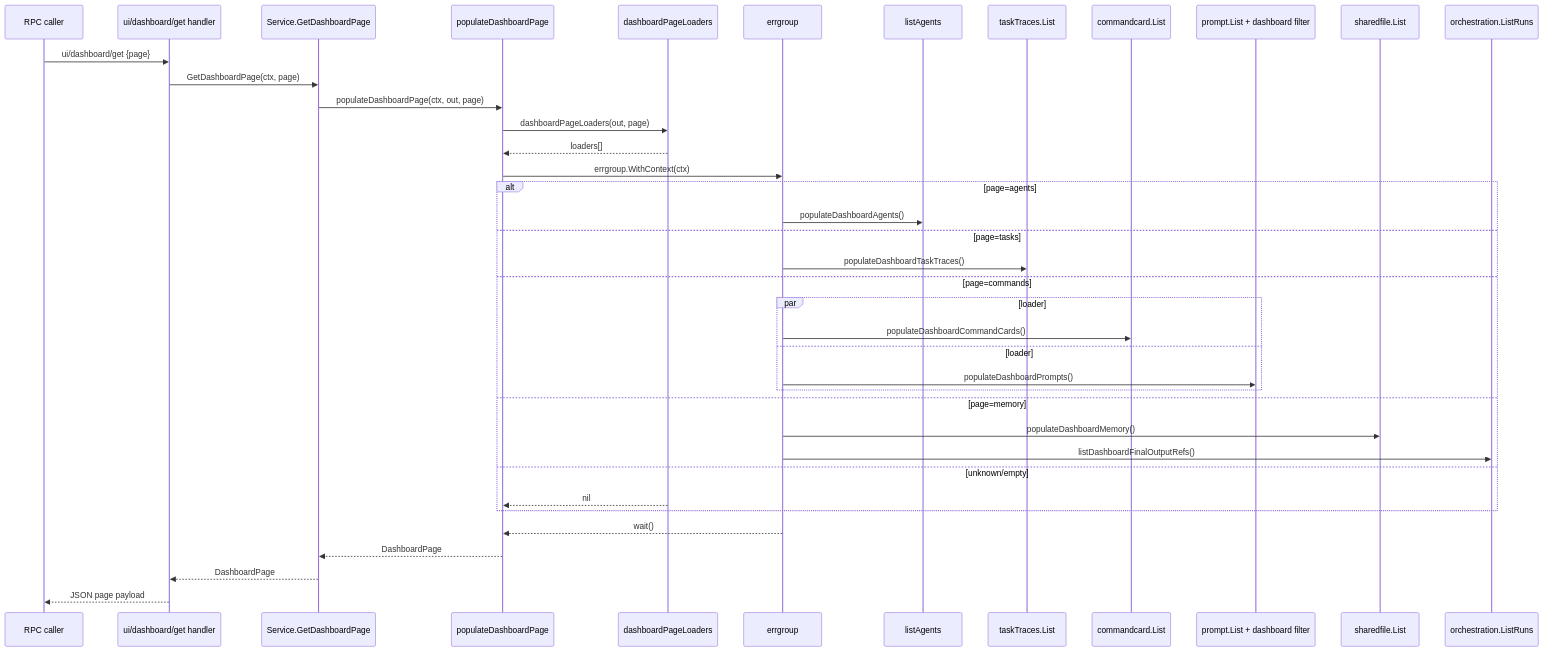
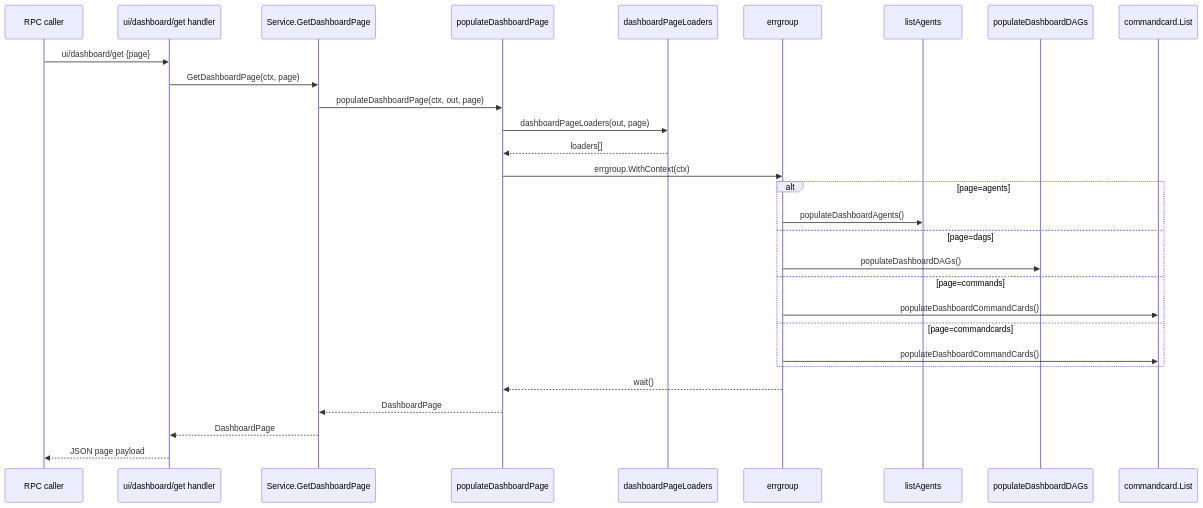
Before and after one commit to lihah111222333-cloud/Super-Dolphin-Agent-Cockpit: the third of 4 diagrams in docs/doc/codemap/07-module-read.md, drawn with Mermaid. The commit also changed other lines of this file and 257 other files, not shown here.

````diff
--- a/docs/doc/codemap/07-module-read.md
+++ b/docs/doc/codemap/07-module-read.md
@@ -74,42 +75,32 @@
 ```mermaid
 sequenceDiagram
     participant C as RPC caller
     participant H as ui/dashboard/get handler
     participant S as Service.GetDashboardPage
     participant P as populateDashboardPage
     participant L as dashboardPageLoaders
     participant G as errgroup
     participant A as listAgents
-    participant T as taskTraces.List
+    participant D as populateDashboardDAGs
     participant CC as commandcard.List
-    participant PR as prompt.List + dashboard filter
-    participant M as sharedfile.List
-    participant R as orchestration.ListRuns
 
     C->>H: ui/dashboard/get {page}
     H->>S: GetDashboardPage(ctx, page)
     S->>P: populateDashboardPage(ctx, out, page)
     P->>L: dashboardPageLoaders(out, page)
     L-->>P: loaders[]
     P->>G: errgroup.WithContext(ctx)
     alt page=agents
         G->>A: populateDashboardAgents()
-    else page=tasks
-        G->>T: populateDashboardTaskTraces()
+    else page=dags
+        G->>D: populateDashboardDAGs()
     else page=commands
-        par loader#1
-            G->>CC: populateDashboardCommandCards()
-        and loader#2
-            G->>PR: populateDashboardPrompts()
-        end
-    else page=memory
-        G->>M: populateDashboardMemory()
-        G->>R: listDashboardFinalOutputRefs()
-    else unknown/empty
-        L-->>P: nil
+        G->>CC: populateDashboardCommandCards()
+    else page=commandcards
+        G->>CC: populateDashboardCommandCards()
     end
     G-->>P: wait()
     P-->>S: DashboardPage
     S-->>H: DashboardPage
     H-->>C: JSON page payload
 ```
````
